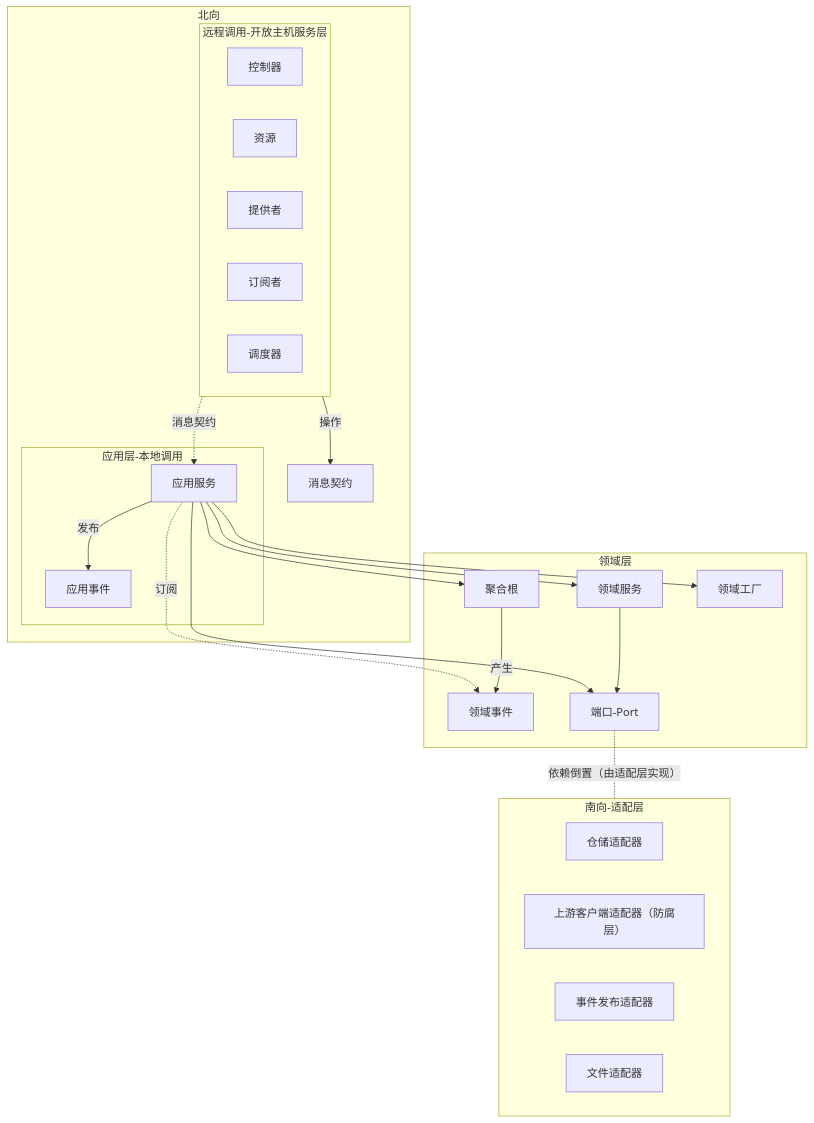
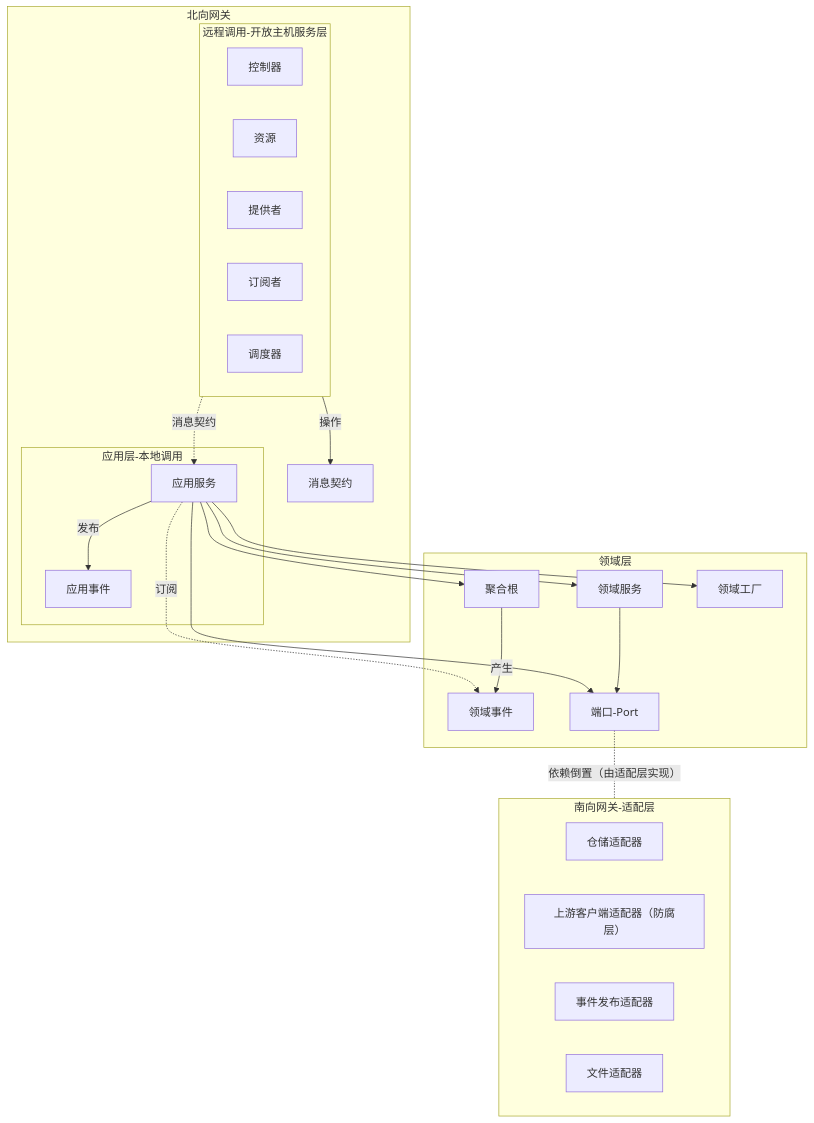
Before and after one commit to WangLiangChen/matrix-framework: the second of 2 diagrams in matrix-framework-ddd/Guideline_DDD.md, drawn with Mermaid. The commit also changed other lines of this file and 132 other files, not shown here.

````diff
--- a/matrix-framework-ddd/Guideline_DDD.md
+++ b/matrix-framework-ddd/Guideline_DDD.md
@@ -731,41 +733,41 @@
 ```mermaid
 graph TD
-    subgraph NorthBound[北向]
+    subgraph NorthBound[北向网关]
         subgraph Remote[远程调用-开放主机服务层]
             Controller[控制器]
             Resource[资源]
             Provider[提供者]
             Subscriber[订阅者]
             Scheduler[调度器]
         end
         subgraph Local[应用层-本地调用]
             ApplicationService[应用服务]
             ApplicationEvent[应用事件]
         end
         MessageContract[消息契约]
     end
     subgraph Domain[领域层]
         AggregateRoot[聚合根]
         DomainService[领域服务]
         DomainEvent[领域事件]
         DomainFactory[领域工厂]
         Port[端口-Port]
     end
-    subgraph SouthBound[南向-适配层]
+    subgraph SouthBound[南向网关-适配层]
         RepositoryAdapter[仓储适配器]
         ClientAdapter[上游客户端适配器（防腐层）]
         PublisherAdapter[事件发布适配器]
         FileAdapter[文件适配器]
     end
     Remote -- 操作 --> MessageContract
     Remote -.->|消息契约| ApplicationService
     ApplicationService -- 发布 --> ApplicationEvent
     ApplicationService --> DomainService
     ApplicationService --> Port
     ApplicationService --> AggregateRoot
     ApplicationService --> DomainFactory
     ApplicationService -.->|订阅| DomainEvent
     DomainService --> Port
     AggregateRoot -- 产生 --> DomainEvent
     Port <-.-|依赖倒置（由适配层实现）| SouthBound
 ```
````
